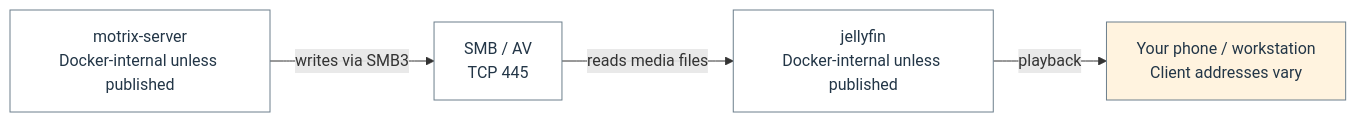
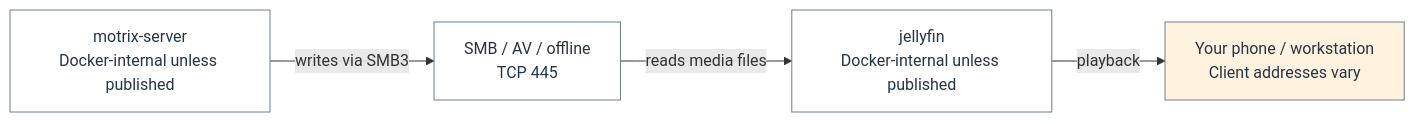
Before and after one commit to Harsh-2002/Homelab: the diagram in docs/architecture/flow-18.mmd, drawn with Mermaid. The commit also changed 42 other files, not shown here.

```diff
--- a/docs/architecture/flow-18.mmd
+++ b/docs/architecture/flow-18.mmd
@@ -1,12 +1,12 @@
 flowchart LR
   n_flow_18_0["motrix-server<br/>Docker-internal unless published"]
-  n_flow_18_1["SMB / AV<br/>TCP 445"]
+  n_flow_18_1["SMB / AV / offline<br/>TCP 445"]
   n_flow_18_2["jellyfin<br/>Docker-internal unless published"]
   n_flow_18_3["Your phone / workstation<br/>Client addresses vary"]
   n_flow_18_0 -->|"writes via SMB3"| n_flow_18_1
   n_flow_18_1 -->|"reads media files"| n_flow_18_2
   n_flow_18_2 -->|"playback"| n_flow_18_3
   classDef c_flow_18_0 fill:#ffffff,stroke:#6c7f8c,color:#233647;
   class n_flow_18_0,n_flow_18_1,n_flow_18_2 c_flow_18_0;
   classDef c_flow_18_1 fill:#fff3df,stroke:#6c7f8c,color:#233647;
   class n_flow_18_3 c_flow_18_1;
```
